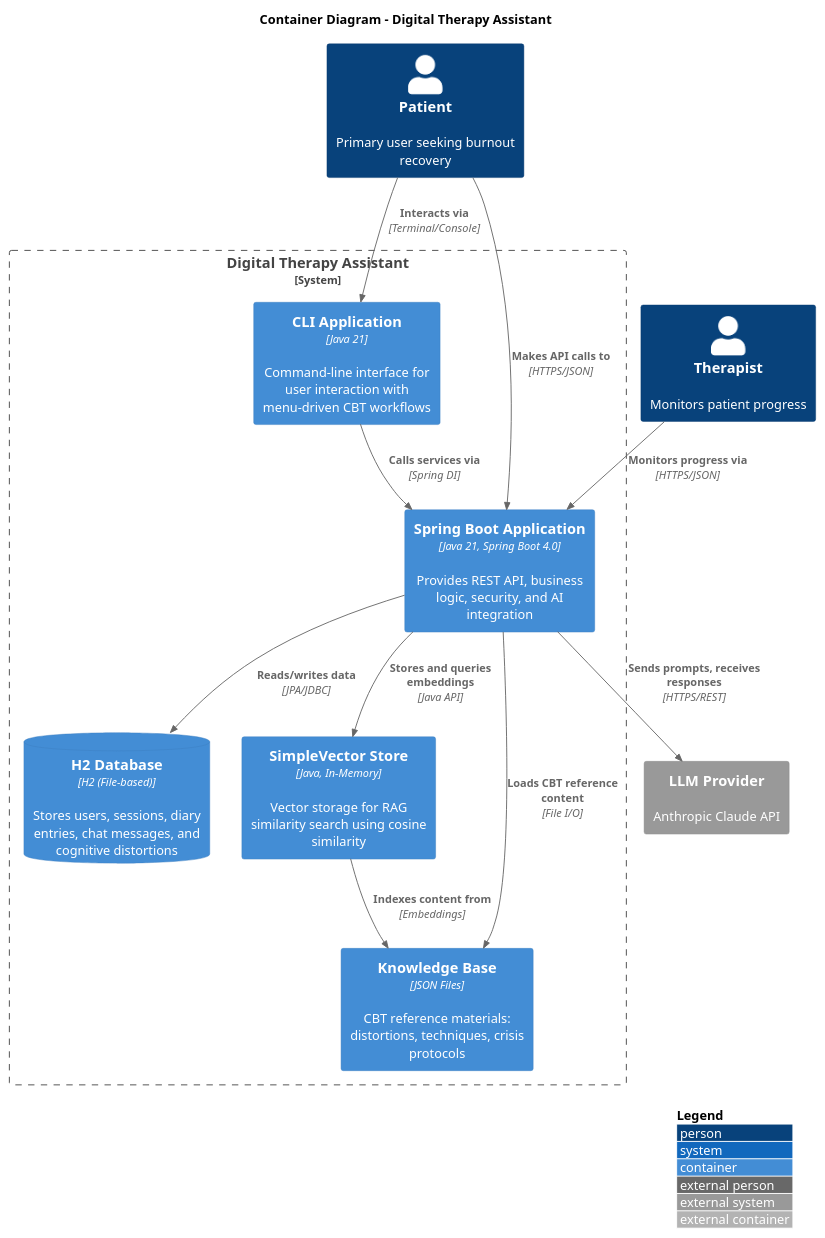
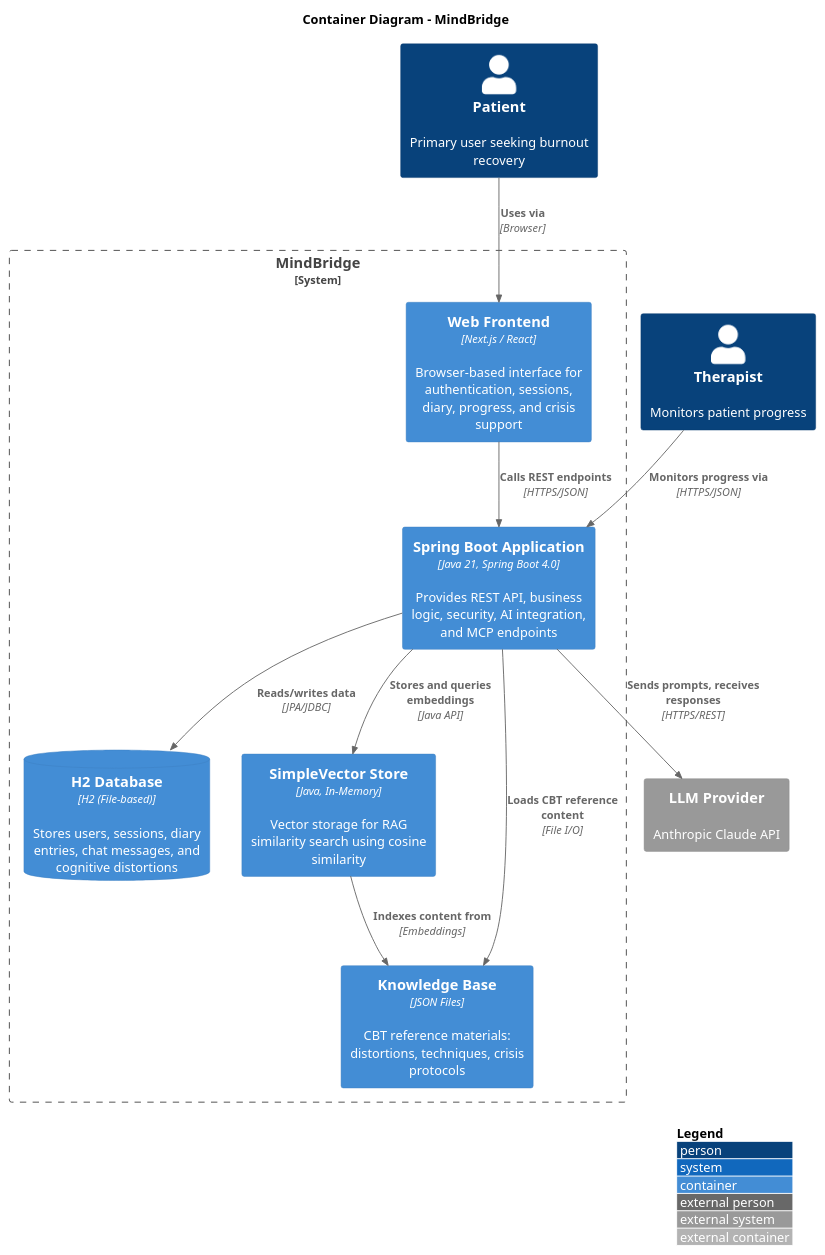
The diagram in docs/architecture/c4-container.puml (tlussier02/mindbridge), drawn with PlantUML before and after one commit. The commit also changed 30 other files, not shown here.

```diff
--- a/docs/architecture/c4-container.puml
+++ b/docs/architecture/c4-container.puml
@@ -1,32 +1,31 @@
 @startuml c4-container
 !include https://raw.githubusercontent.com/plantuml-stdlib/C4-PlantUML/master/C4_Container.puml
 
 LAYOUT_WITH_LEGEND()
 
-title Container Diagram - Digital Therapy Assistant
+title Container Diagram - MindBridge
 
 Person(patient, "Patient", "Primary user seeking burnout recovery")
 Person(therapist, "Therapist", "Monitors patient progress")
 
-System_Boundary(dta, "Digital Therapy Assistant") {
-    Container(cli, "CLI Application", "Java 21", "Command-line interface for user interaction with menu-driven CBT workflows")
-    Container(api, "Spring Boot Application", "Java 21, Spring Boot 4.0", "Provides REST API, business logic, security, and AI integration")
+System_Boundary(dta, "MindBridge") {
+    Container(frontend, "Web Frontend", "Next.js / React", "Browser-based interface for authentication, sessions, diary, progress, and crisis support")
+    Container(api, "Spring Boot Application", "Java 21, Spring Boot 4.0", "Provides REST API, business logic, security, AI integration, and MCP endpoints")
     ContainerDb(h2db, "H2 Database", "H2 (File-based)", "Stores users, sessions, diary entries, chat messages, and cognitive distortions")
     Container(vectorstore, "SimpleVector Store", "Java, In-Memory", "Vector storage for RAG similarity search using cosine similarity")
     Container(kb, "Knowledge Base", "JSON Files", "CBT reference materials: distortions, techniques, crisis protocols")
 }
 
 System_Ext(llm, "LLM Provider", "Anthropic Claude API")
 
-Rel(patient, cli, "Interacts via", "Terminal/Console")
-Rel(patient, api, "Makes API calls to", "HTTPS/JSON")
+Rel(patient, frontend, "Uses via", "Browser")
+Rel(frontend, api, "Calls REST endpoints", "HTTPS/JSON")
 Rel(therapist, api, "Monitors progress via", "HTTPS/JSON")
 
-Rel(cli, api, "Calls services via", "Spring DI")
 Rel(api, h2db, "Reads/writes data", "JPA/JDBC")
 Rel(api, vectorstore, "Stores and queries embeddings", "Java API")
 Rel(api, kb, "Loads CBT reference content", "File I/O")
 Rel(vectorstore, kb, "Indexes content from", "Embeddings")
 Rel(api, llm, "Sends prompts, receives responses", "HTTPS/REST")
 
 @enduml
```
